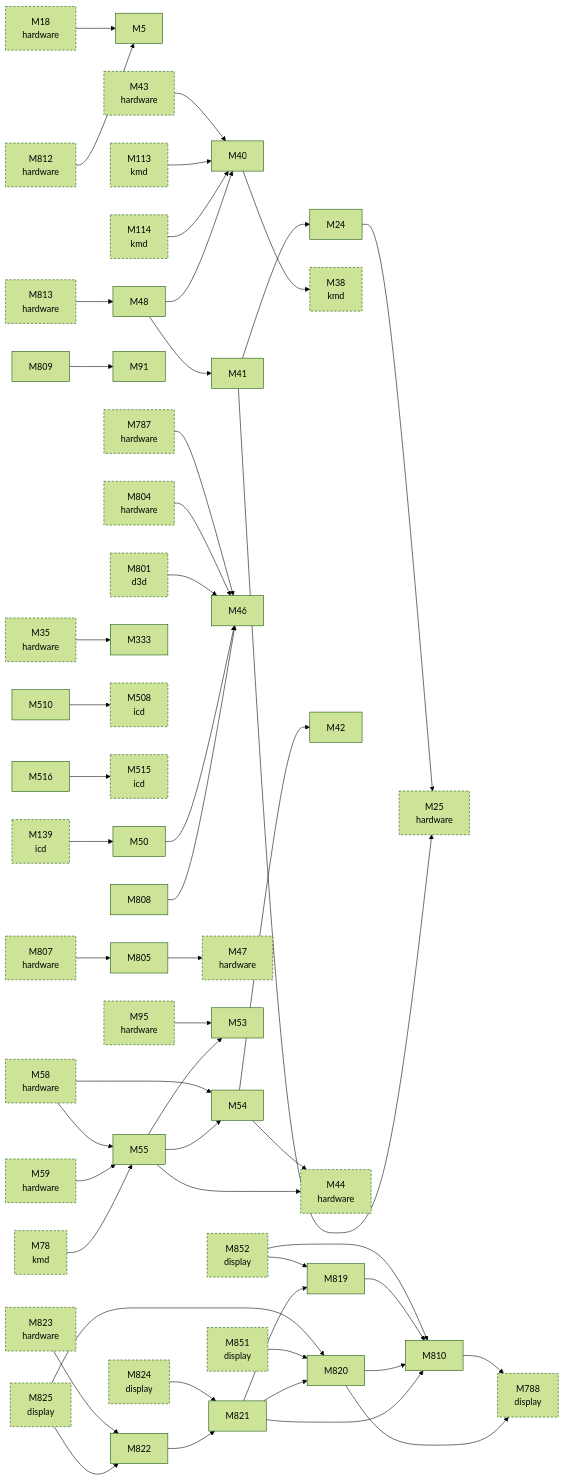
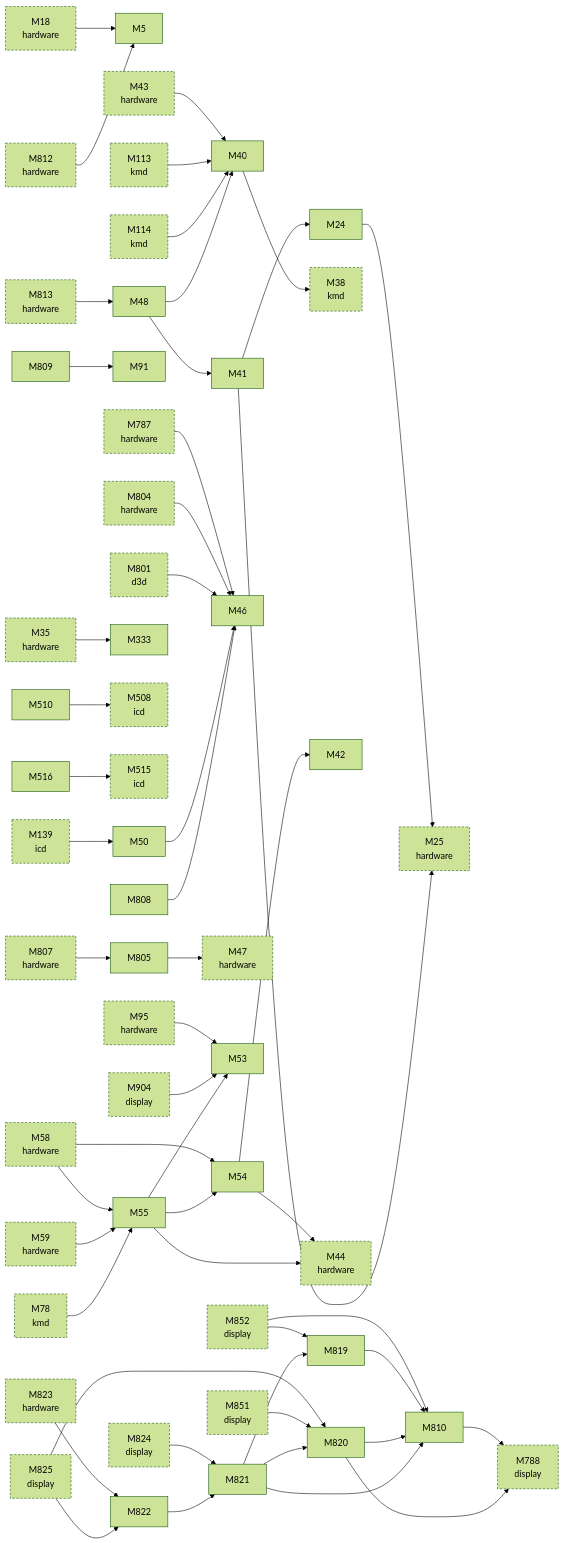
One commit to D-Ogi/amdgpu-wddm changed the second of 2 diagrams in docs/facts/graphs/linux.md. Above: the diagram before and after it, drawn with Mermaid (forest theme). The commit also changed 45 other files, not shown here.

````diff
--- a/docs/facts/graphs/linux.md
+++ b/docs/facts/graphs/linux.md
@@ -95,6 +95,7 @@
   M825["M825<br/>display"]
   M851["M851<br/>display"]
   M852["M852<br/>display"]
+  M904["M904<br/>display"]
   M18 --> M5
   M35 --> M333
   M43 --> M40
@@ -117,6 +118,7 @@
   M851 --> M820
   M852 --> M810
   M852 --> M819
+  M904 --> M53
   M139 --> M50
   M801 --> M46
   M24 --> M25
@@ -145,5 +147,5 @@
   M821 --> M820
   M822 --> M821
   classDef other stroke-dasharray:4 3
-  class M18,M25,M35,M38,M43,M44,M47,M58,M59,M78,M95,M113,M114,M139,M508,M515,M787,M788,M801,M804,M807,M812,M813,M823,M824,M825,M851,M852 other
+  class M18,M25,M35,M38,M43,M44,M47,M58,M59,M78,M95,M113,M114,M139,M508,M515,M787,M788,M801,M804,M807,M812,M813,M823,M824,M825,M851,M852,M904 other
 ```
````
